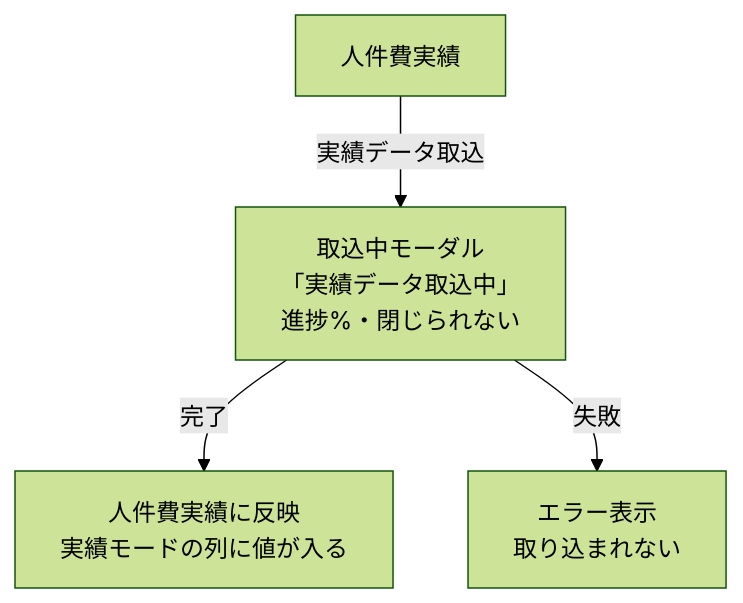
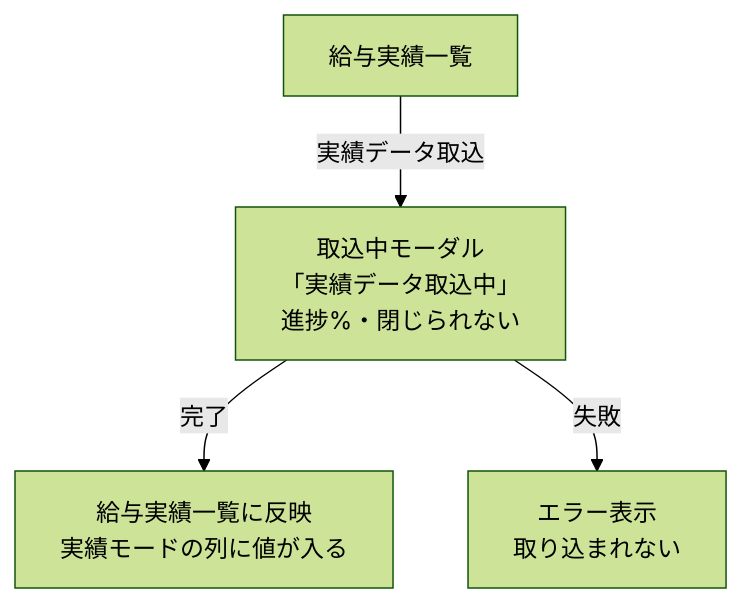
One commit to suguru789987/rakmy-employee-mgmt-spec changed diagram 13 of 15 in 20260803_01_従業員管理_仕様書_PdM版.md. Above: the diagram before and after it, drawn with Mermaid (forest theme). The commit also changed other lines of this file and 18 other files, not shown here.

````diff
--- a/20260803_01_従業員管理_仕様書_PdM版.md
+++ b/20260803_01_従業員管理_仕様書_PdM版.md
@@ -533,6 +533,6 @@
 ```mermaid
 flowchart TB
-  LC["人件費実績"] -->|"実績データ取込"| M["取込中モーダル<br/>「実績データ取込中」<br/>進捗%・閉じられない"]
-  M -->|"完了"| A["人件費実績に反映<br/>実績モードの列に値が入る"]
+  LC["給与実績一覧"] -->|"実績データ取込"| M["取込中モーダル<br/>「実績データ取込中」<br/>進捗%・閉じられない"]
+  M -->|"完了"| A["給与実績一覧に反映<br/>実績モードの列に値が入る"]
   M -->|"失敗"| B["エラー表示<br/>取り込まれない"]
 ```
````
